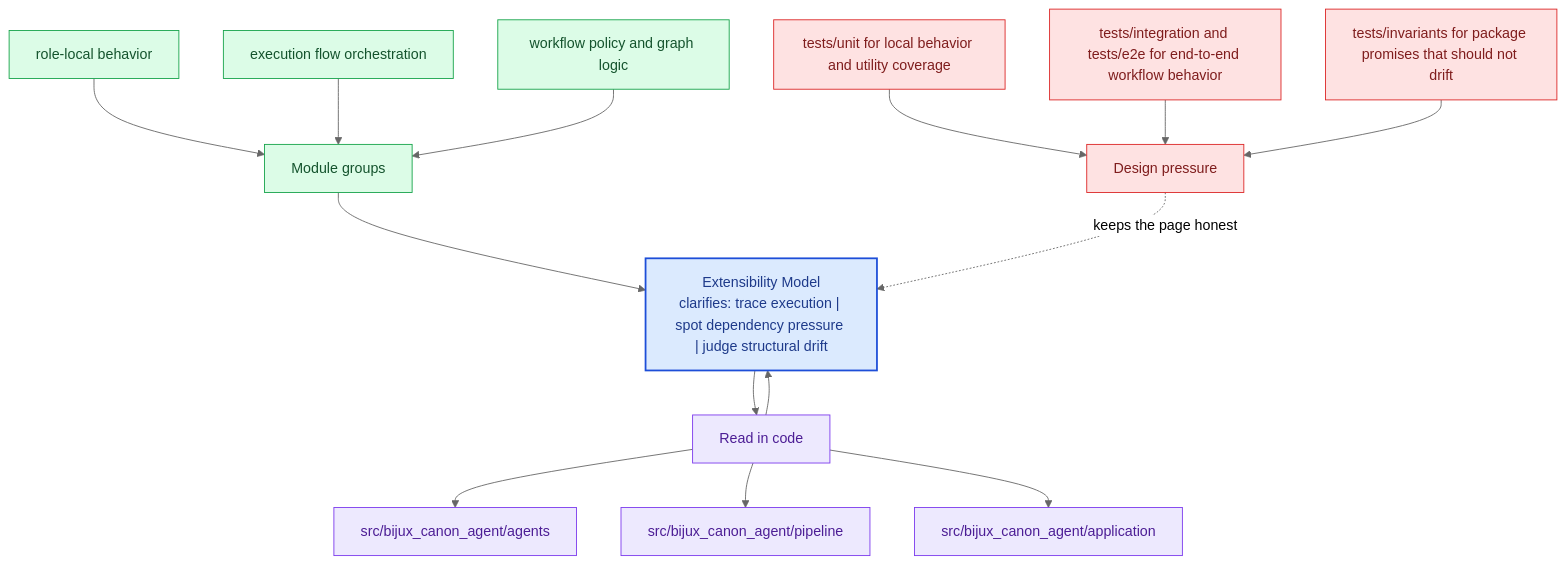
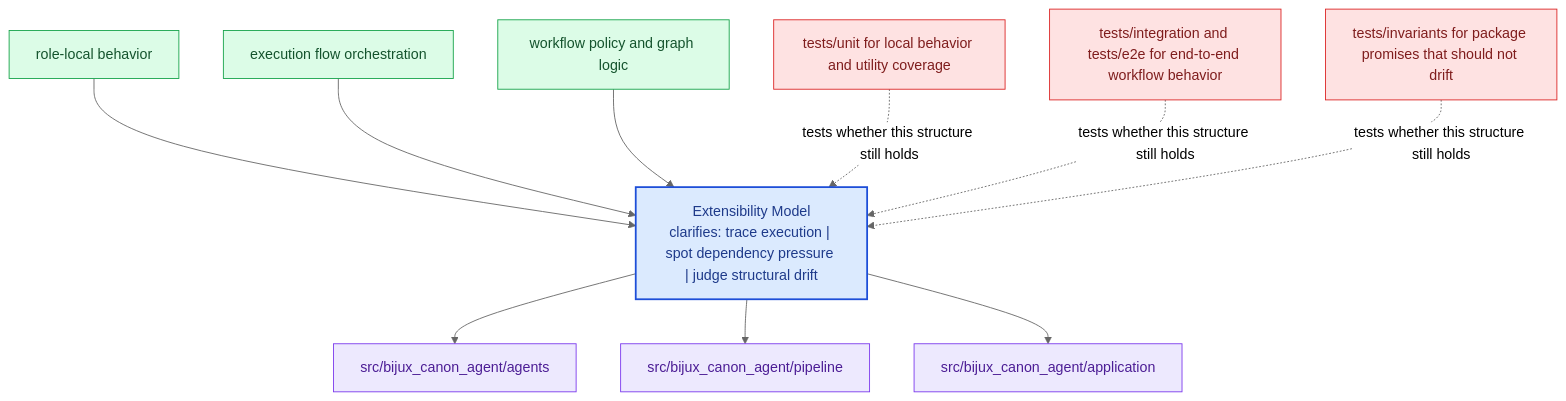
The diagram in docs/bijux-canon-agent/architecture/extensibility-model.md (bijux/bijux-canon), drawn with Mermaid (neutral theme) before and after one commit. The commit also changed other lines of this file and 281 other files, not shown here.

Commit message:
docs(diagrams): replace repeated mermaid scaffolds with page-specific summaries

````diff
--- a/docs/bijux-canon-agent/architecture/extensibility-model.md
+++ b/docs/bijux-canon-agent/architecture/extensibility-model.md
@@ -67,40 +22,31 @@
 ```mermaid
 flowchart TB
-    promise["Extensibility Model<br/>clarifies: trace execution | spot dependency pressure | judge structural drift"]
-    classDef promise fill:#dbeafe,stroke:#1d4ed8,color:#1e3a8a,stroke-width:2px;
-    classDef driver fill:#dcfce7,stroke:#16a34a,color:#14532d;
-    classDef constraint fill:#fee2e2,stroke:#dc2626,color:#7f1d1d;
-    classDef ground fill:#ede9fe,stroke:#7c3aed,color:#4c1d95;
-    focus1["Module groups"]
-    focus1 --> promise
-    focus1_1["role-local behavior"]
-    focus1_1 --> focus1
-    focus1_2["execution flow orchestration"]
-    focus1_2 --> focus1
-    focus1_3["workflow policy and graph logic"]
-    focus1_3 --> focus1
-    class focus1 driver;
-    class focus1_1,focus1_2,focus1_3 driver;
-    focus2["Read in code"]
-    focus2 --> promise
-    promise --> focus2
-    focus2_1["src/bijux_canon_agent/agents"]
-    focus2 --> focus2_1
-    focus2_2["src/bijux_canon_agent/pipeline"]
-    focus2 --> focus2_2
-    focus2_3["src/bijux_canon_agent/application"]
-    focus2 --> focus2_3
-    class focus2 ground;
-    class focus2_1,focus2_2,focus2_3 ground;
-    focus3["Design pressure"]
-    focus3 -.keeps the page honest.-> promise
-    focus3_1["tests/unit for local behavior and utility coverage"]
-    focus3_1 --> focus3
-    focus3_2["tests/integration and tests/e2e for end-to-end workflow behavior"]
-    focus3_2 --> focus3
-    focus3_3["tests/invariants for package promises that should not drift"]
-    focus3_3 --> focus3
-    class focus3 constraint;
-    class focus3_1,focus3_2,focus3_3 constraint;
-    class promise promise;
+    page["Extensibility Model<br/>clarifies: trace execution | spot dependency pressure | judge structural drift"]
+    classDef page fill:#dbeafe,stroke:#1d4ed8,color:#1e3a8a,stroke-width:2px;
+    classDef positive fill:#dcfce7,stroke:#16a34a,color:#14532d;
+    classDef caution fill:#fee2e2,stroke:#dc2626,color:#7f1d1d;
+    classDef anchor fill:#ede9fe,stroke:#7c3aed,color:#4c1d95;
+    classDef action fill:#fef3c7,stroke:#d97706,color:#7c2d12;
+    module1["role-local behavior"]
+    module1 --> page
+    module2["execution flow orchestration"]
+    module2 --> page
+    module3["workflow policy and graph logic"]
+    module3 --> page
+    code1["src/bijux_canon_agent/agents"]
+    page --> code1
+    code2["src/bijux_canon_agent/pipeline"]
+    page --> code2
+    code3["src/bijux_canon_agent/application"]
+    page --> code3
+    pressure1["tests/unit for local behavior and utility coverage"]
+    pressure1 -.tests whether this structure still holds.-> page
+    pressure2["tests/integration and tests/e2e for end-to-end workflow behavior"]
+    pressure2 -.tests whether this structure still holds.-> page
+    pressure3["tests/invariants for package promises that should not drift"]
+    pressure3 -.tests whether this structure still holds.-> page
+    class page page;
+    class module1,module2,module3 positive;
+    class code1,code2,code3 anchor;
+    class pressure1,pressure2,pressure3 caution;
 ```
````
